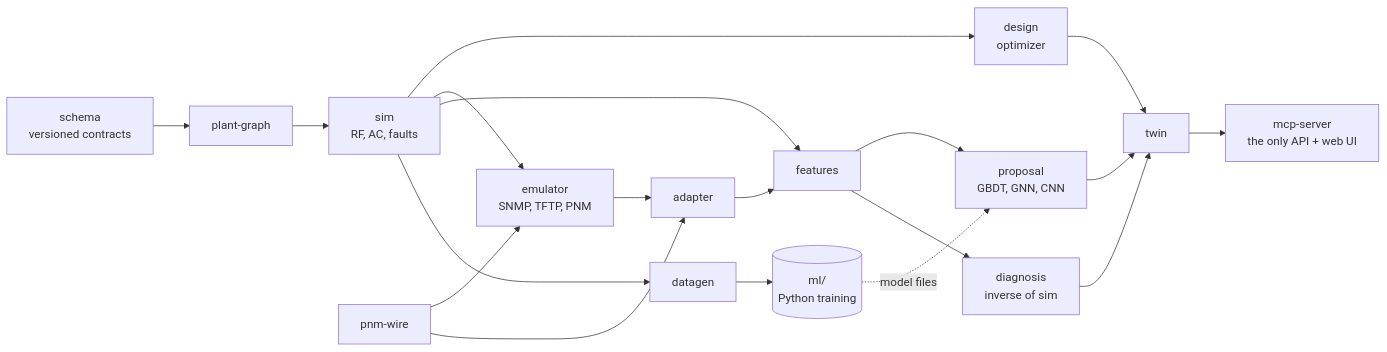
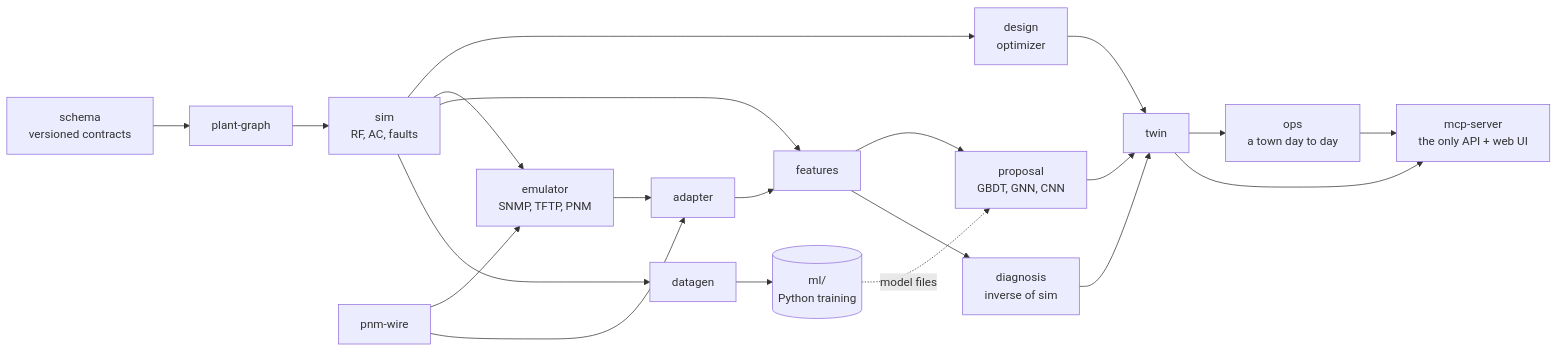
Before and after one commit to cameronsevern/hfc-twin: the diagram in README.md, drawn with Mermaid. The commit also changed other lines of this file and 5 other files, not shown here.

````diff
--- a/README.md
+++ b/README.md
@@ -89,20 +96,22 @@
 ```mermaid
 flowchart LR
   schema[schema<br/>versioned contracts] --> pg[plant-graph]
   pg --> sim[sim<br/>RF, AC, faults]
   sim --> design[design<br/>optimizer]
   sim --> emu[emulator<br/>SNMP, TFTP, PNM]
   emu --> adapter[adapter]
   pnm[pnm-wire] --> emu
   pnm --> adapter
   adapter --> features
   sim --> features
   features --> proposal[proposal<br/>GBDT, GNN, CNN]
   features --> diagnosis[diagnosis<br/>inverse of sim]
   proposal --> twin
   design --> twin
   diagnosis --> twin
+  twin --> ops[ops<br/>a town day to day]
   twin --> mcp[mcp-server<br/>the only API + web UI]
+  ops --> mcp
   sim --> datagen[datagen] --> ml[(ml/<br/>Python training)]
   ml -. model files .-> proposal
 ```
````
